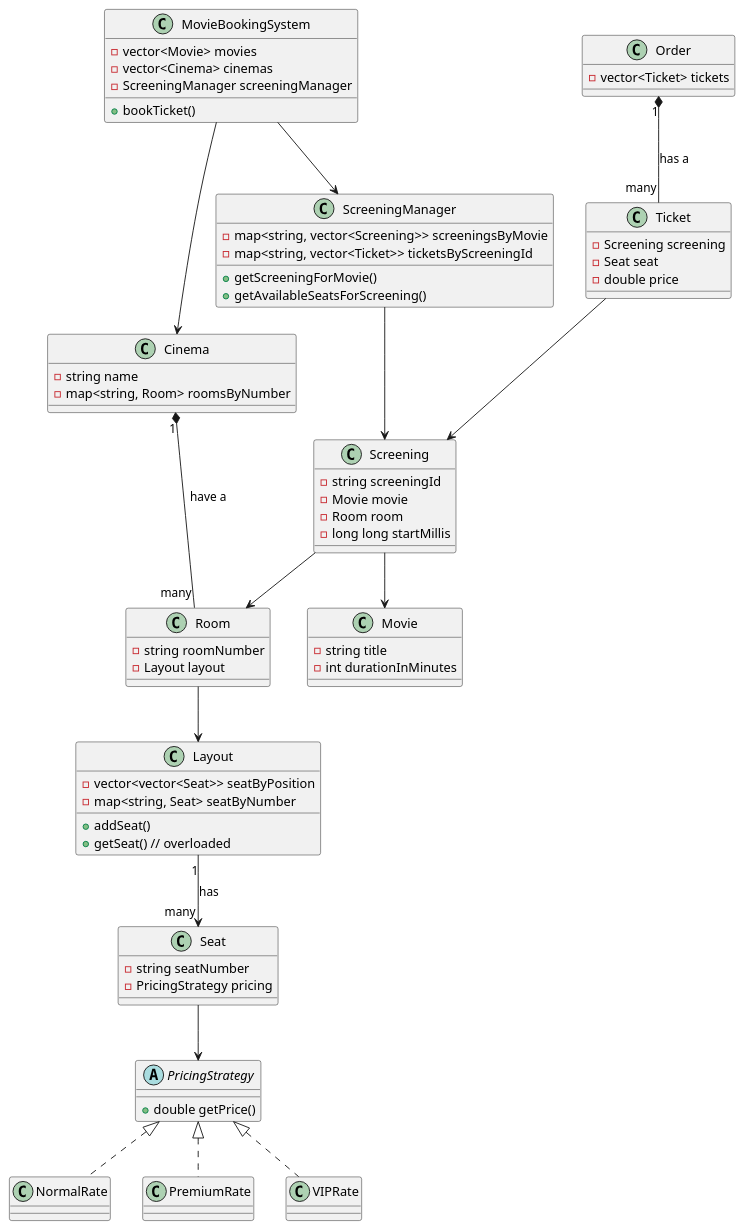
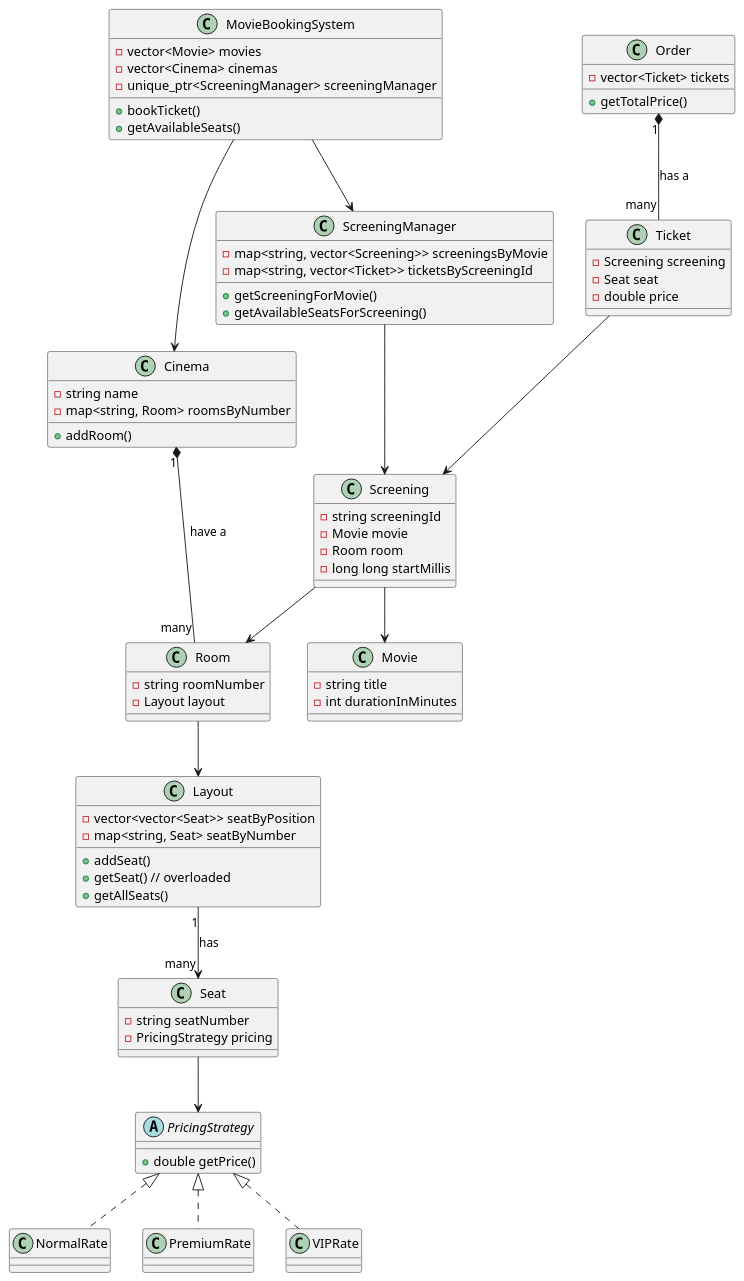
Before and after one commit to zanymarconi/cp4: the diagram in dllgbb/moviebook/mbclassdiag.iuml, drawn with PlantUML. The commit also changed 13 other files, not shown here.

```diff
--- a/dllgbb/moviebook/mbclassdiag.iuml
+++ b/dllgbb/moviebook/mbclassdiag.iuml
@@ -1,77 +1,81 @@
 @startuml
 class MovieBookingSystem {
     - vector<Movie> movies
     - vector<Cinema> cinemas
-    - ScreeningManager screeningManager
+    - unique_ptr<ScreeningManager> screeningManager
     + bookTicket()
+    + getAvailableSeats()
 }
 MovieBookingSystem --> ScreeningManager
 MovieBookingSystem --> Cinema
 
 class Order {
     - vector<Ticket> tickets
+    + getTotalPrice()
 }
 Order "1" *-- "many" Ticket: has a
 
 class ScreeningManager {
     - map<string, vector<Screening>> screeningsByMovie
     - map<string, vector<Ticket>> ticketsByScreeningId
     + getScreeningForMovie()
     + getAvailableSeatsForScreening()
 }
 ScreeningManager --> Screening
 
 class Ticket {
     - Screening screening
     - Seat seat
     - double price
 }
 Ticket --> Screening
 
 class Cinema {
     - string name
     - map<string, Room> roomsByNumber
+    + addRoom()
 }
 Cinema "1" *-- "many" Room: have a
 
 class Screening {
     - string screeningId
     - Movie movie
     - Room room
     - long long startMillis
 }
 Screening --> Movie
 Screening --> Room
 
 class Movie {
     - string title
     - int durationInMinutes
 }
 
 class Room {
     - string roomNumber
     - Layout layout
 }
 Room --> Layout
 
 class Layout {
     - vector<vector<Seat>> seatByPosition
     - map<string, Seat> seatByNumber
     + addSeat()
     + getSeat() // overloaded
+    + getAllSeats()
 }
 Layout "1" --> "many" Seat: has
 
 class Seat {
     - string seatNumber
     - PricingStrategy pricing
 }
 Seat --> PricingStrategy
 
 abstract PricingStrategy {
     + double getPrice()
 }
 class NormalRate implements PricingStrategy
 class PremiumRate implements PricingStrategy
 class VIPRate implements PricingStrategy
 @enduml
```
